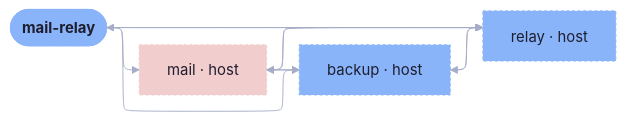
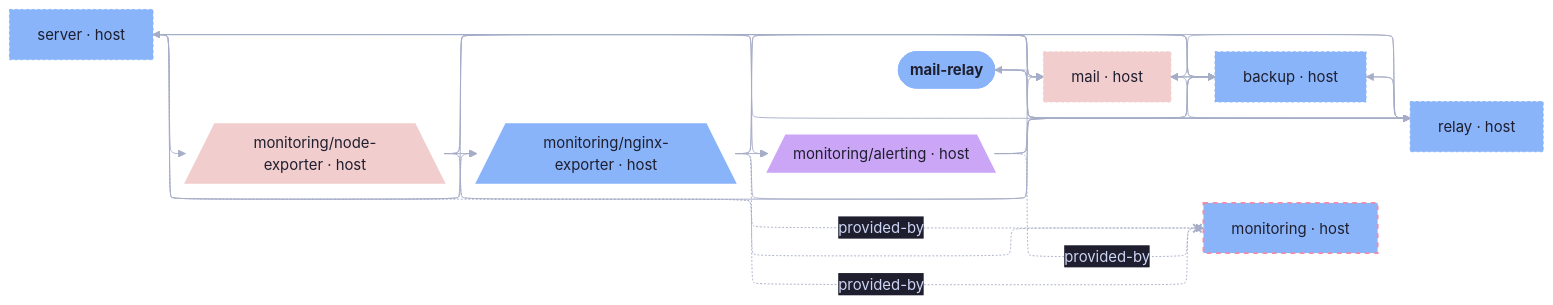
One commit to sini/den changed the diagram in templates/diag-fx-demo/diagrams/mail-relay-adapters.md. Above: the diagram before and after it, drawn with Mermaid. The commit also changed 526 other files, not shown here.

Commit message:
chore: update fx diagrams

````diff
--- a/templates/diag-fx-demo/diagrams/mail-relay-adapters.md
+++ b/templates/diag-fx-demo/diagrams/mail-relay-adapters.md
@@ -5,25 +5,58 @@
 ```mermaid
 %%{init: {"elk":{"mergeEdges":true,"nodePlacementStrategy":"BRANDES_KOEPF"},"layout":"elk","theme":"base","themeVariables":{"activationBkgColor":"#313244","activationBorderColor":"#6c7086","actorBkg":"#313244","actorBorder":"#a6adc8","actorLineColor":"#a6adc8","actorTextColor":"#cdd6f4","background":"#1e1e2e","classText":"#cdd6f4","clusterBkg":"#313244","clusterBorder":"#6c7086","edgeLabelBackground":"#1e1e2e","labelBoxBkgColor":"#313244","labelBoxBorderColor":"#a6adc8","labelTextColor":"#cdd6f4","lineColor":"#a6adc8","loopTextColor":"#cdd6f4","mainBkg":"#313244","nodeBkg":"#313244","nodeBorder":"#a6adc8","nodeTextColor":"#cdd6f4","noteBkgColor":"#313244","noteBorderColor":"#6c7086","noteTextColor":"#cdd6f4","pie1":"#f38ba8","pie2":"#fab387","pie3":"#f9e2af","pie4":"#a6e3a1","pie5":"#94e2d5","pie6":"#89b4fa","pie7":"#cba6f7","pie8":"#f2cdcd","pieLegendTextColor":"#cdd6f4","pieOuterStrokeColor":"#6c7086","pieSectionTextColor":"#cdd6f4","pieStrokeColor":"#6c7086","pieTitleTextColor":"#cdd6f4","primaryBorderColor":"#a6adc8","primaryColor":"#313244","primaryTextColor":"#cdd6f4","secondBkg":"#313244","secondaryBorderColor":"#6c7086","secondaryColor":"#313244","secondaryTextColor":"#cdd6f4","sequenceNumberColor":"#1e1e2e","signalColor":"#a6adc8","signalTextColor":"#cdd6f4","tertiaryBorderColor":"#6c7086","tertiaryColor":"#313244","tertiaryTextColor":"#cdd6f4","textColor":"#cdd6f4","titleColor":"#cdd6f4"}}}%%
 graph LR
   mail_relay([mail-relay]):::root
+  monitoring__alerting[/"monitoring/alerting · host"\]:::monitoring__alerting_c
   backup["backup · host"]:::backup_c
   mail["mail · host"]:::mail_c
+  monitoring["monitoring · host"]:::monitoring_c
+  monitoring__nginx_exporter[/"monitoring/nginx-exporter · host"\]:::monitoring__nginx_exporter_c
+  monitoring__node_exporter[/"monitoring/node-exporter · host"\]:::monitoring__node_exporter_c
   relay["relay · host"]:::relay_c
+  server["server · host"]:::server_c
 
   backup --> mail
   backup --> relay
+  backup --> server
   mail --> backup
   mail_relay --> backup
+  monitoring__alerting --> backup
+  monitoring__nginx_exporter --> backup
+  monitoring__node_exporter --> backup
   relay --> backup
+  server --> backup
   mail_relay --> mail
+  monitoring__alerting --> mail
+  monitoring__nginx_exporter --> mail
+  monitoring__node_exporter --> mail
   relay --> mail
+  server --> mail
   mail --> relay
   mail_relay --> relay
+  monitoring__alerting --> relay
+  monitoring__nginx_exporter --> relay
+  monitoring__node_exporter --> relay
+  server --> relay
+  monitoring__nginx_exporter --> monitoring__alerting
+  monitoring__node_exporter --> monitoring__nginx_exporter
   relay --> mail_relay
+  relay --> server
+  server --> monitoring__alerting
+  server -.-x monitoring
+  server --> monitoring__nginx_exporter
+  server --> monitoring__node_exporter
+  monitoring__node_exporter -.->|provided-by| monitoring
+  monitoring__nginx_exporter -.->|provided-by| monitoring
+  monitoring__alerting -.->|provided-by| monitoring
 
   classDef root fill:#89b4fa,stroke:#89b4fa,color:#1e1e2e,font-weight:bold
+  classDef monitoring__alerting_c fill:#cba6f7,stroke:#cba6f7,color:#1e1e2e,stroke-width:2px
   classDef backup_c fill:#89b4fa,stroke:#89b4fa,color:#1e1e2e,stroke-dasharray: 3 3,stroke-width:1px
   classDef mail_c fill:#f2cdcd,stroke:#f2cdcd,color:#1e1e2e,stroke-dasharray: 3 3,stroke-width:1px
   classDef mail_relay_c fill:#cba6f7,stroke:#cba6f7,color:#1e1e2e,stroke-width:3px
+  classDef monitoring_c fill:#89b4fa,stroke:#f38ba8,color:#1e1e2e,stroke-dasharray: 5 5,stroke-width:2px
+  classDef monitoring__nginx_exporter_c fill:#89b4fa,stroke:#89b4fa,color:#1e1e2e,stroke-width:2px
+  classDef monitoring__node_exporter_c fill:#f2cdcd,stroke:#f2cdcd,color:#1e1e2e,stroke-width:2px
   classDef relay_c fill:#89b4fa,stroke:#89b4fa,color:#1e1e2e,stroke-dasharray: 3 3,stroke-width:1px
+  classDef server_c fill:#89b4fa,stroke:#89b4fa,color:#1e1e2e,stroke-dasharray: 3 3,stroke-width:1px
 ```
````
